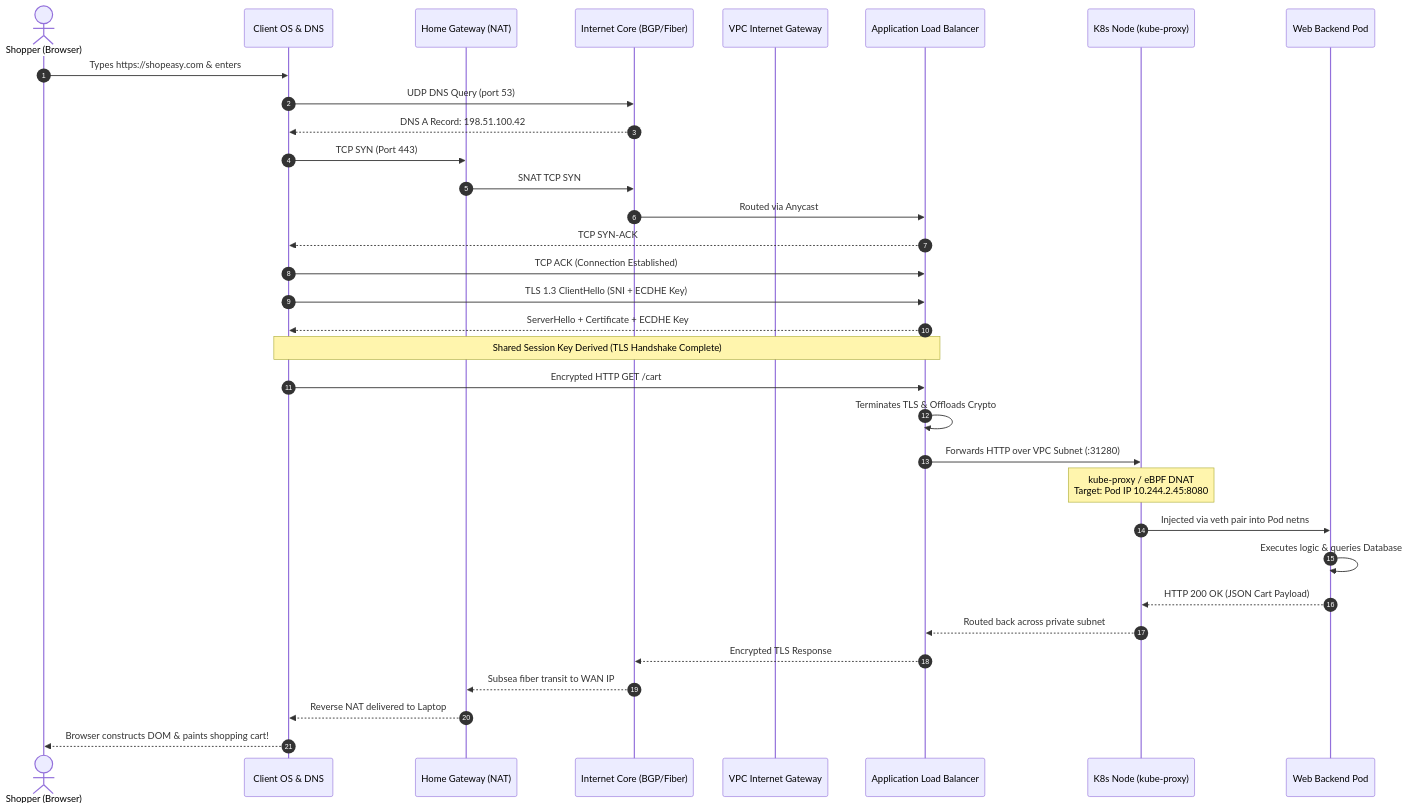
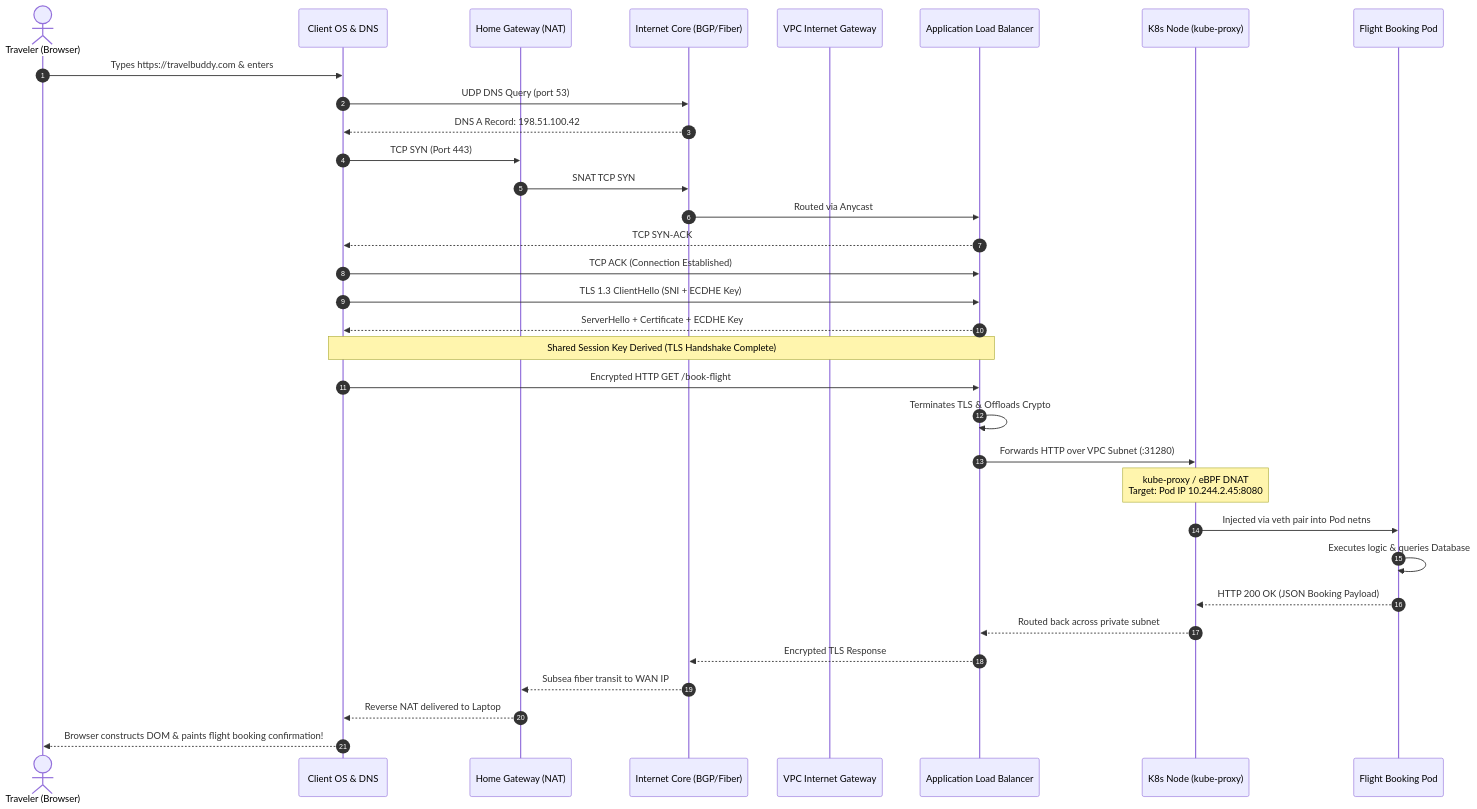
One commit to 1345AbhishekKumar/cs-cookbook changed the diagram in content/docs/computer-networking/05-cookbook/full-packet-journey-and-cheatsheet.mdx. Above: the diagram before and after it, drawn with Mermaid. The commit also changed other lines of this file and 124 other files, not shown here.

````diff
--- a/content/docs/computer-networking/05-cookbook/full-packet-journey-and-cheatsheet.mdx
+++ b/content/docs/computer-networking/05-cookbook/full-packet-journey-and-cheatsheet.mdx
@@ -210,43 +226,43 @@
 ```mermaid
 sequenceDiagram
     autonumber
-    actor User as Shopper (Browser)
+    actor User as Traveler (Browser)
     participant OS as Client OS & DNS
     participant Router as Home Gateway (NAT)
     participant Backbone as Internet Core (BGP/Fiber)
     participant IGW as VPC Internet Gateway
     participant ALB as Application Load Balancer
     participant Node as K8s Node (kube-proxy)
-    participant Pod as Web Backend Pod
+    participant Pod as Flight Booking Pod
 
     %% Phase 1: Initiation & DNS
-    User->>OS: Types https://shopeasy.com & enters
+    User->>OS: Types https://travelbuddy.com & enters
     OS->>Backbone: UDP DNS Query (port 53)
     Backbone-->>OS: DNS A Record: 198.51.100.42
 
     %% Phase 2: TCP & TLS
     OS->>Router: TCP SYN (Port 443)
     Router->>Backbone: SNAT TCP SYN
     Backbone->>ALB: Routed via Anycast
     ALB-->>OS: TCP SYN-ACK
     OS->>ALB: TCP ACK (Connection Established)
     OS->>ALB: TLS 1.3 ClientHello (SNI + ECDHE Key)
     ALB-->>OS: ServerHello + Certificate + ECDHE Key
     Note over OS,ALB: Shared Session Key Derived (TLS Handshake Complete)
 
     %% Phase 3: HTTP Request & Routing
-    OS->>ALB: Encrypted HTTP GET /cart
+    OS->>ALB: Encrypted HTTP GET /book-flight
     ALB->>ALB: Terminates TLS & Offloads Crypto
     ALB->>Node: Forwards HTTP over VPC Subnet (:31280)
     Note over Node: kube-proxy / eBPF DNAT<br/>Target: Pod IP 10.244.2.45:8080
     Node->>Pod: Injected via veth pair into Pod netns
 
     %% Phase 4: Backend Processing & Response
     Pod->>Pod: Executes logic & queries Database
-    Pod-->>Node: HTTP 200 OK (JSON Cart Payload)
+    Pod-->>Node: HTTP 200 OK (JSON Booking Payload)
     Node-->>ALB: Routed back across private subnet
     ALB-->>Backbone: Encrypted TLS Response
     Backbone-->>Router: Subsea fiber transit to WAN IP
     Router-->>OS: Reverse NAT delivered to Laptop
-    OS-->>User: Browser constructs DOM & paints shopping cart!
+    OS-->>User: Browser constructs DOM & paints flight booking confirmation!
 ```
````
